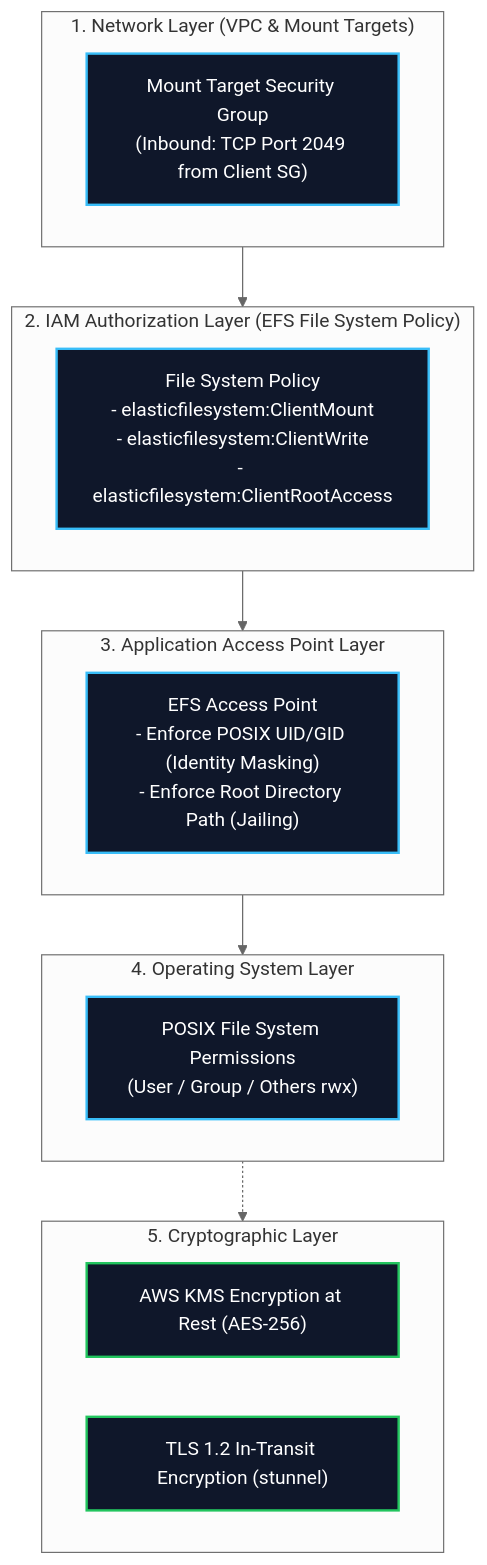
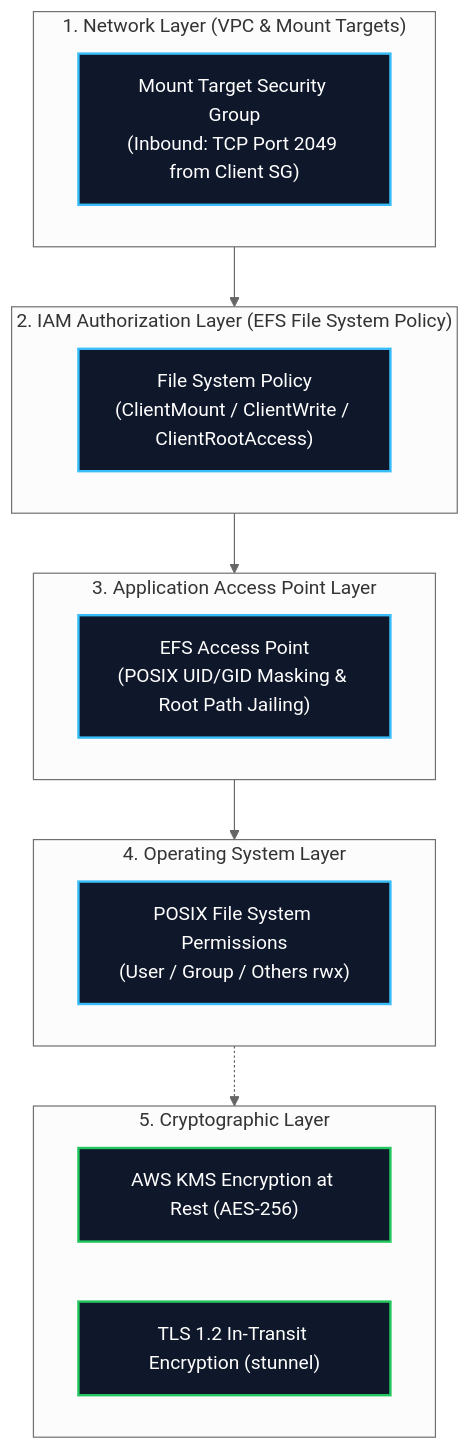
One commit to Wathon/aws-dea-c01-note changed the fifth of 9 diagrams in content/02-services/storage/efs-and-fsx.md. Above: the diagram before and after it, drawn with Mermaid (neutral theme). The commit also changed 2 other files, not shown here.

Commit message:
fix(mermaid): resolve Unsupported markdown: list issues across diagrams

````diff
--- a/content/02-services/storage/efs-and-fsx.md
+++ b/content/02-services/storage/efs-and-fsx.md
@@ -237,32 +237,32 @@
 ```mermaid
 graph TD
     subgraph Layer1["1. Network Layer (VPC & Mount Targets)"]
         SG["Mount Target Security Group<br/>(Inbound: TCP Port 2049 from Client SG)"]
     end
 
     subgraph Layer2["2. IAM Authorization Layer (EFS File System Policy)"]
-        FSPolicy["File System Policy<br/>- elasticfilesystem:ClientMount<br/>- elasticfilesystem:ClientWrite<br/>- elasticfilesystem:ClientRootAccess"]
+        FSPolicy["File System Policy<br/>(ClientMount / ClientWrite / ClientRootAccess)"]
     end
 
     subgraph Layer3["3. Application Access Point Layer"]
-        AccessPoint["EFS Access Point<br/>- Enforce POSIX UID/GID (Identity Masking)<br/>- Enforce Root Directory Path (Jailing)"]
+        AccessPoint["EFS Access Point<br/>(POSIX UID/GID Masking & Root Path Jailing)"]
     end
 
     subgraph Layer4["4. Operating System Layer"]
         POSIX["POSIX File System Permissions<br/>(User / Group / Others rwx)"]
     end
 
     subgraph Layer5["5. Cryptographic Layer"]
         KMS["AWS KMS Encryption at Rest (AES-256)"]
         TLS["TLS 1.2 In-Transit Encryption (stunnel)"]
     end
 
     Layer1 --> Layer2 --> Layer3 --> Layer4
     Layer4 -.-> Layer5
 
     classDef sec fill:#0f172a,stroke:#38bdf8,stroke-width:2px,color:#fff;
     classDef crypto fill:#0f172a,stroke:#22c55e,stroke-width:2px,color:#fff;
 
     class SG,FSPolicy,AccessPoint,POSIX sec;
     class KMS,TLS crypto;
 ```
````
